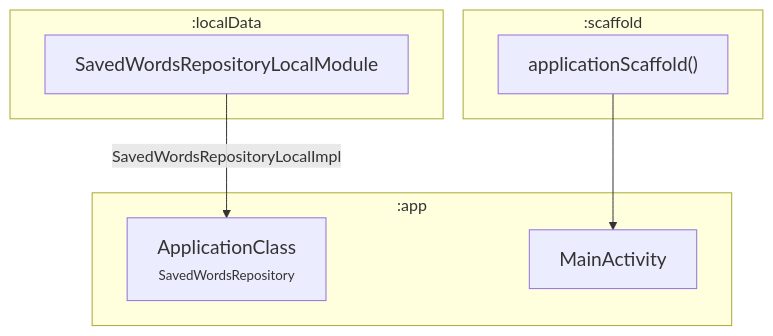
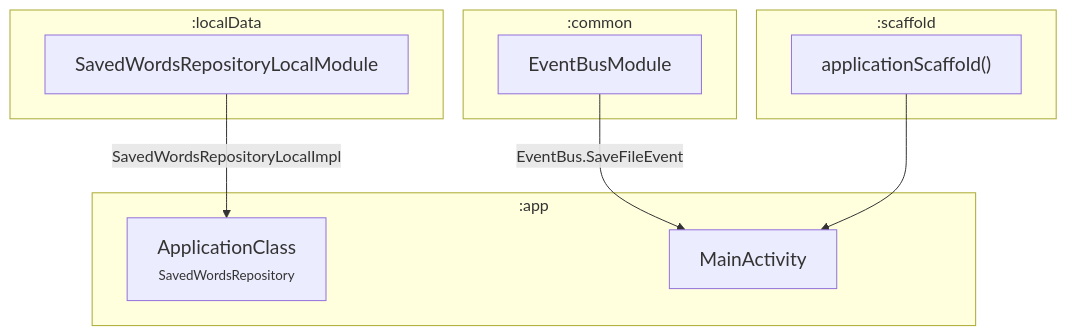
One commit to MarcelMilka/SayItAgain changed the first of 2 diagrams in app/README.md. Above: the diagram before and after it, drawn with Mermaid. The commit also changed other lines of this file, not shown here.

````diff
--- a/app/README.md
+++ b/app/README.md
@@ -31,23 +37,29 @@
 ```mermaid
 flowchart TB
 
     subgraph ":localData"
 
         SavedWordsRepositoryLocalModule["<big>SavedWordsRepositoryLocalModule</big>"]
+    end
+
+    subgraph ":common"
+
+        EventBusModule["<big>EventBusModule</big>"]
     end
 
     subgraph ":scaffold"
 
         ApplicationScaffold["<big>applicationScaffold()</big>"]
     end
     
     subgraph ":app"
 
         ApplicationClass["<big>ApplicationClass</big><div><small>SavedWordsRepository</small>"]
         MainActivity["<big>MainActivity</big>"]
     end
 
     SavedWordsRepositoryLocalModule -- SavedWordsRepositoryLocalImpl --> ApplicationClass
+    EventBusModule -- EventBus.SaveFileEvent --> MainActivity
     ApplicationScaffold --> MainActivity
     
 ```
````
